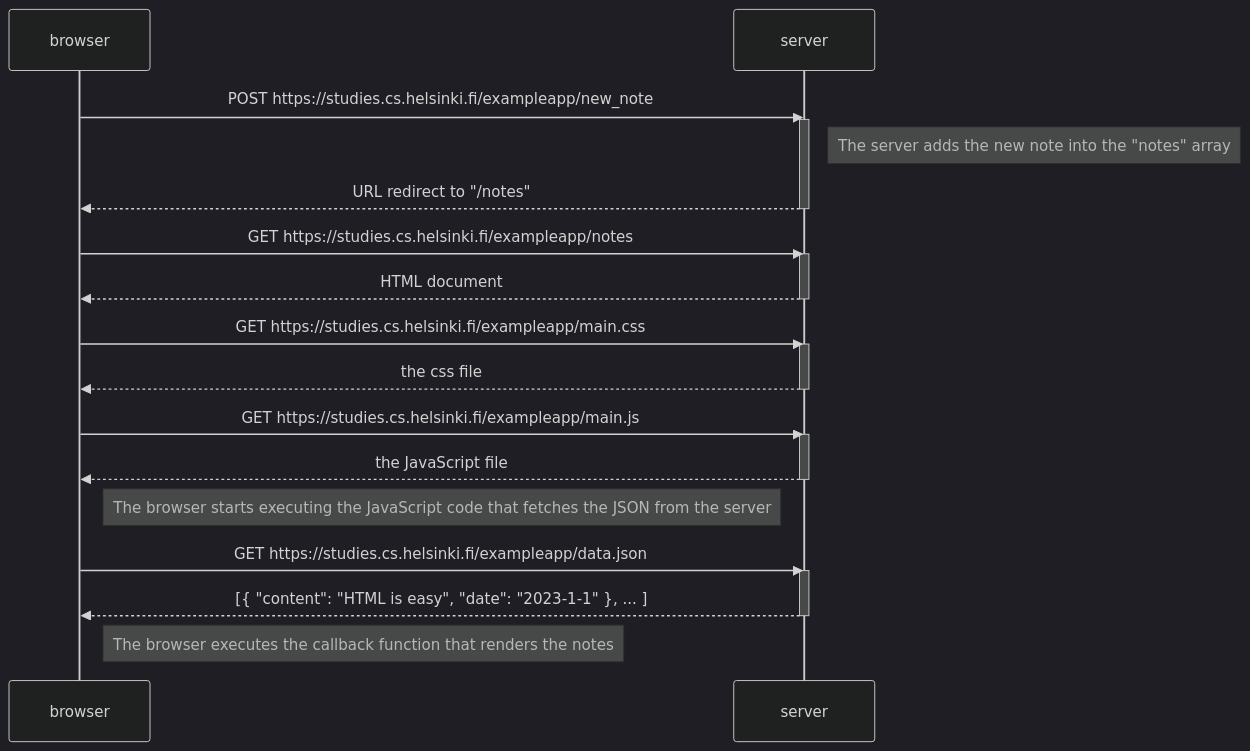
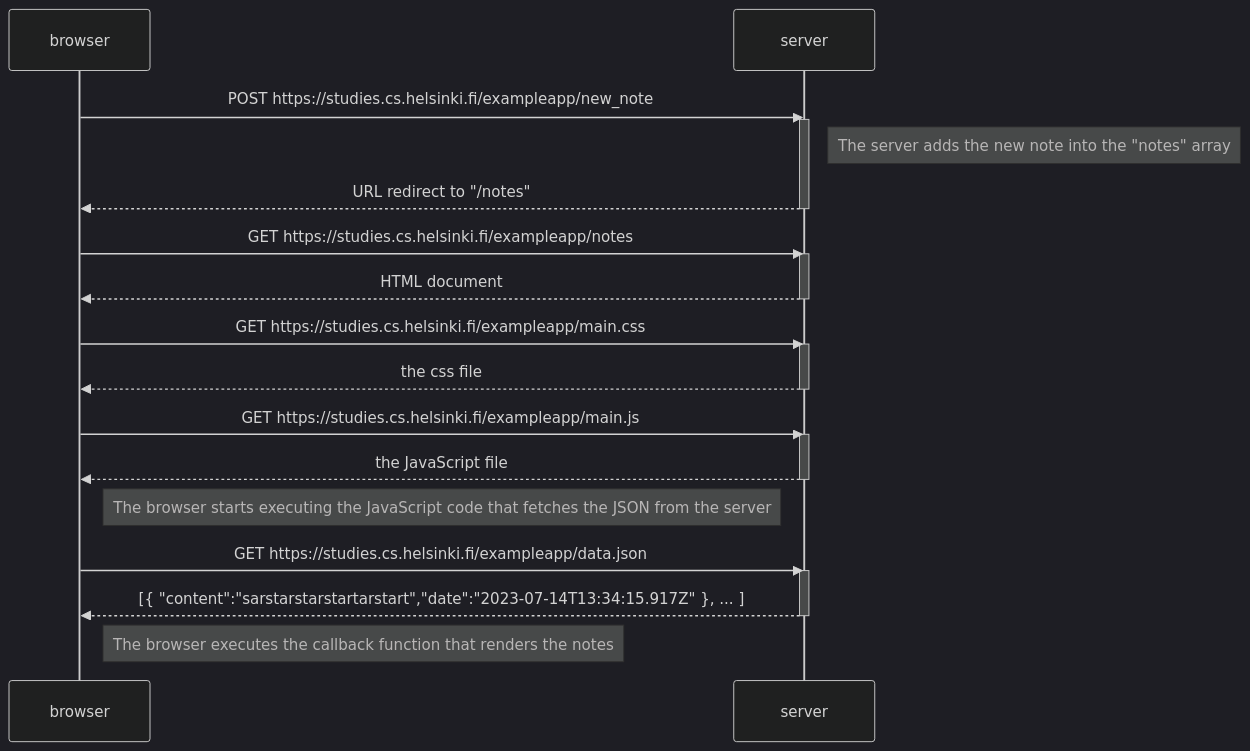
Before and after one commit to jeanmadao/fullstackopen: the diagram in part0/0.4-new-note-diagram.mermaid, drawn with Mermaid (dark theme).

Commit message:
using the current data in the diagram

```diff
--- a/part0/0.4-new-note-diagram.mermaid
+++ b/part0/0.4-new-note-diagram.mermaid
@@ -1,33 +1,33 @@
 sequenceDiagram
     participant browser
     participant server
 
     browser->>server: POST https://studies.cs.helsinki.fi/exampleapp/new_note
     activate server
     Note right of server: The server adds the new note into the "notes" array 
     server-->>browser: URL redirect to "/notes"
     deactivate server
 
     browser->>server: GET https://studies.cs.helsinki.fi/exampleapp/notes
     activate server
     server-->>browser: HTML document
     deactivate server
 
     browser->>server: GET https://studies.cs.helsinki.fi/exampleapp/main.css
     activate server
     server-->>browser: the css file
     deactivate server
 
     browser->>server: GET https://studies.cs.helsinki.fi/exampleapp/main.js
     activate server
     server-->>browser: the JavaScript file
     deactivate server
 
     Note right of browser: The browser starts executing the JavaScript code that fetches the JSON from the server
 
     browser->>server: GET https://studies.cs.helsinki.fi/exampleapp/data.json
     activate server
-    server-->>browser: [{ "content": "HTML is easy", "date": "2023-1-1" }, ... ]
+    server-->>browser: [{ "content":"sarstarstarstartarstart","date":"2023-07-14T13:34:15.917Z" }, ... ]
     deactivate server
 
     Note right of browser: The browser executes the callback function that renders the notes
```
